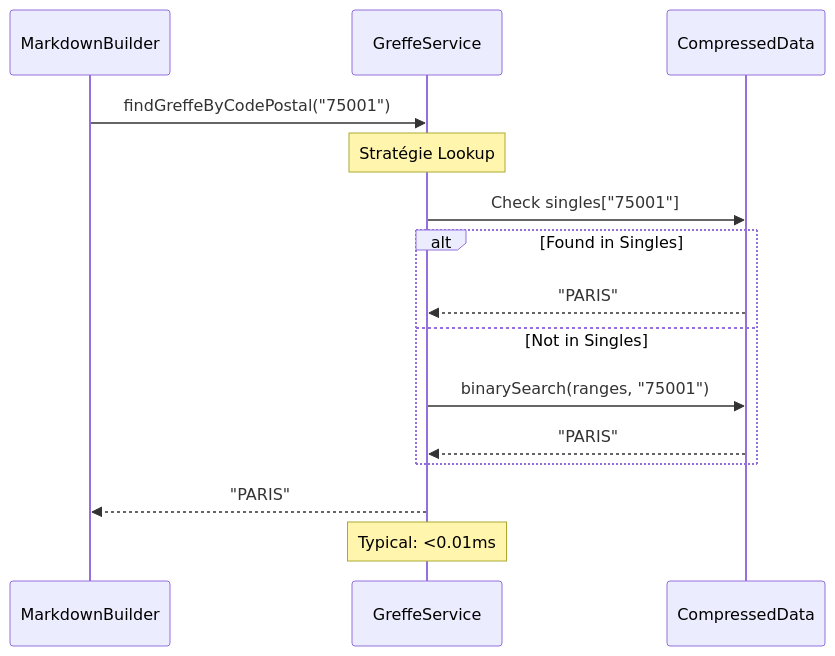
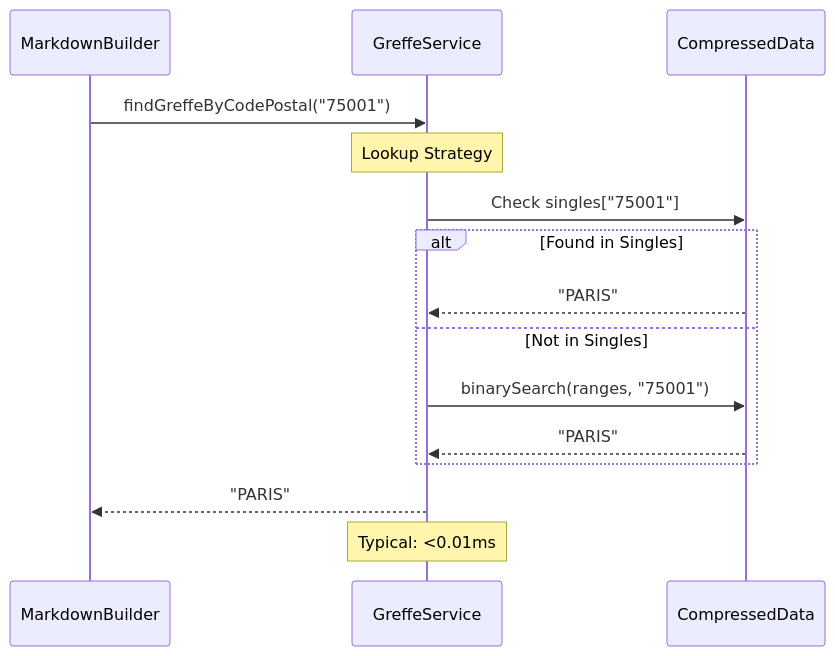
One commit to fma16/raycast-Company_autocomplete changed the second of 2 diagrams in docs/ARCHITECTURE.md. Above: the diagram before and after it, drawn with Mermaid. The commit also changed other lines of this file and 17 other files, not shown here.

````diff
--- a/docs/ARCHITECTURE.md
+++ b/docs/ARCHITECTURE.md
@@ -338,21 +338,21 @@
 ```mermaid
 sequenceDiagram
     participant M as MarkdownBuilder
     participant G as GreffeService
     participant C as CompressedData
     
     M->>G: findGreffeByCodePostal("75001")
     
-    Note over G: Stratégie Lookup
+    Note over G: Lookup Strategy
     G->>C: Check singles["75001"]
     alt Found in Singles
         C-->>G: "PARIS"
     else Not in Singles
         G->>C: binarySearch(ranges, "75001")
         C-->>G: "PARIS"
     end
     
     G-->>M: "PARIS"
     
     Note over G: Typical: <0.01ms
 ```
````
